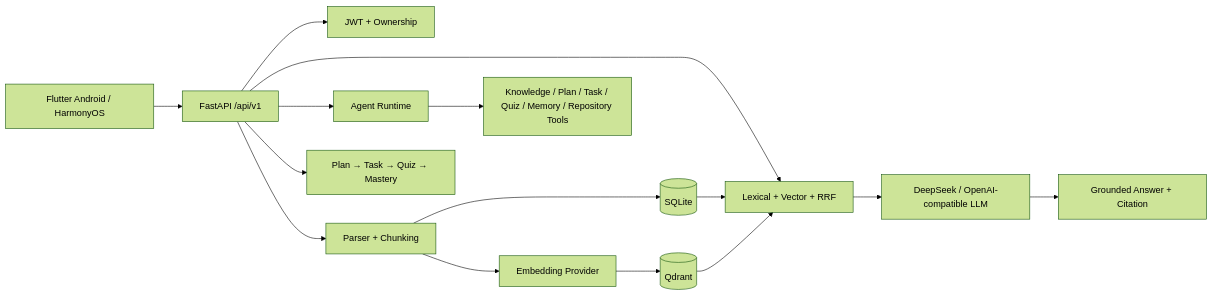
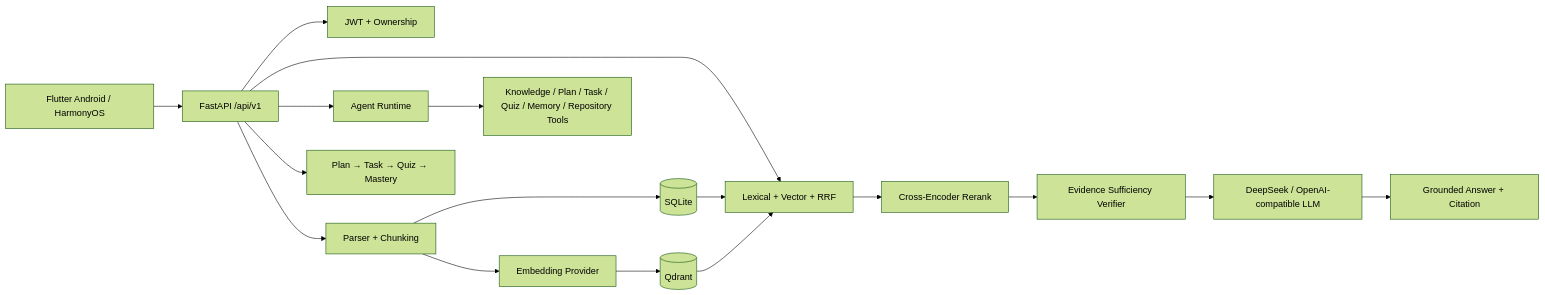
One commit to Changxin-YR/AI-learning-knowledge-base changed the diagram in README.md. Above: the diagram before and after it, drawn with Mermaid (forest theme). The commit also changed other lines of this file, not shown here.

````diff
--- a/README.md
+++ b/README.md
@@ -25,17 +27,19 @@
 ```mermaid
 flowchart LR
     U[Flutter Android / HarmonyOS] --> API[FastAPI /api/v1]
     API --> AUTH[JWT + Ownership]
     API --> DOC[Parser + Chunking]
     DOC --> SQL[(SQLite)]
     DOC --> EMB[Embedding Provider]
     EMB --> Q[(Qdrant)]
     API --> RET[Lexical + Vector + RRF]
     SQL --> RET
     Q --> RET
-    RET --> LLM[DeepSeek / OpenAI-compatible LLM]
+    RET --> RR[Cross-Encoder Rerank]
+    RR --> EV[Evidence Sufficiency Verifier]
+    EV --> LLM[DeepSeek / OpenAI-compatible LLM]
     LLM --> CITE[Grounded Answer + Citation]
     API --> AGENT[Agent Runtime]
     AGENT --> TOOLS[Knowledge / Plan / Task / Quiz / Memory / Repository Tools]
     API --> LEARN[Plan → Task → Quiz → Mastery]
 ```
````
